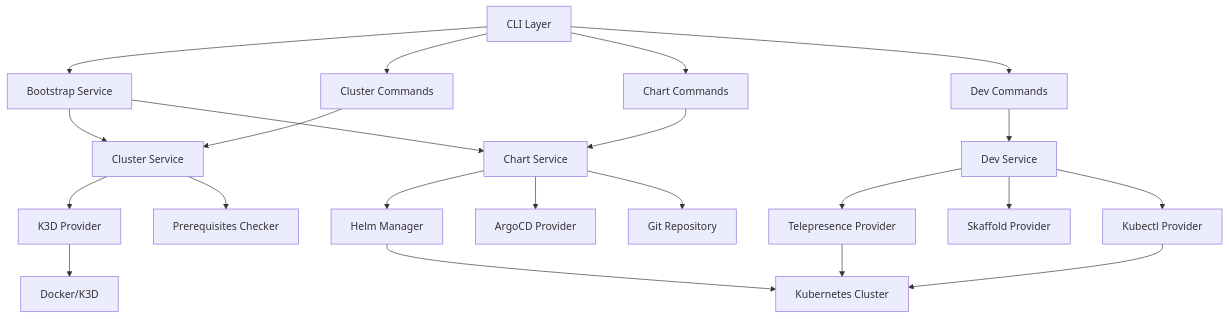
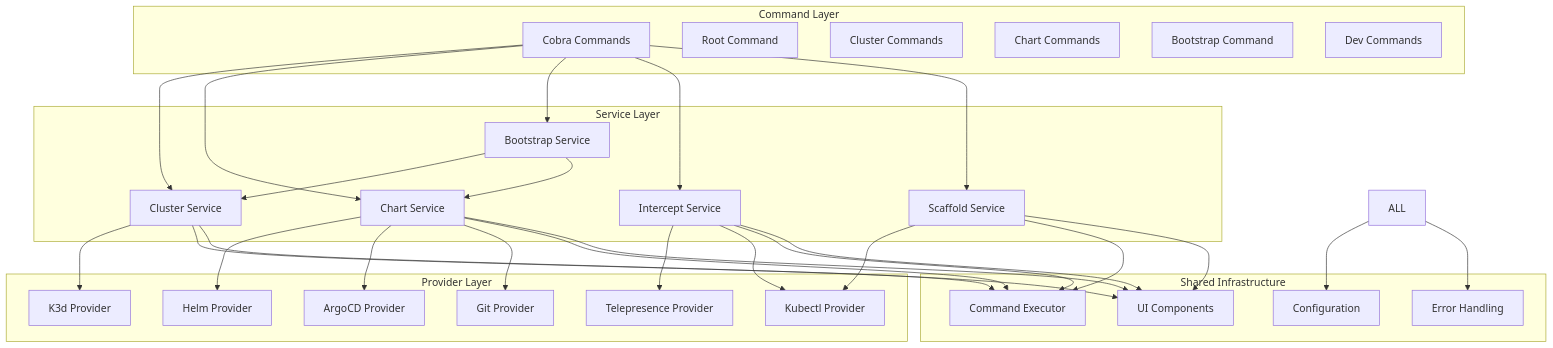
One commit to flamingo-stack/openframe-cli changed the first of 4 diagrams in docs/reference/architecture/overview.md. Above: the diagram before and after it, drawn with Mermaid. The commit also changed other lines of this file and 51 other files, not shown here.

````diff
--- a/docs/reference/architecture/overview.md
+++ b/docs/reference/architecture/overview.md
@@ -13,30 +15,64 @@
 ```mermaid
 graph TB
-    CLI[CLI Layer] --> Bootstrap[Bootstrap Service]
-    CLI --> Cluster[Cluster Commands]
-    CLI --> Chart[Chart Commands]
-    CLI --> Dev[Dev Commands]
+    subgraph "Command Layer"
+        CMD[Cobra Commands]
+        ROOT[Root Command]
+        CLUSTER[Cluster Commands]
+        CHART[Chart Commands]
+        BOOTSTRAP[Bootstrap Command]
+        DEV[Dev Commands]
+    end
     
-    Bootstrap --> ClusterSvc[Cluster Service]
-    Bootstrap --> ChartSvc[Chart Service]
+    subgraph "Service Layer"
+        CS[Cluster Service]
+        CHS[Chart Service]
+        BS[Bootstrap Service]
+        IS[Intercept Service]
+        SS[Scaffold Service]
+    end
     
-    Cluster --> ClusterSvc
-    Chart --> ChartSvc
-    Dev --> DevSvc[Dev Service]
+    subgraph "Provider Layer"
+        K3D[K3d Provider]
+        HELM[Helm Provider]
+        ARGOCD[ArgoCD Provider]
+        GIT[Git Provider]
+        TP[Telepresence Provider]
+        KUBECTL[Kubectl Provider]
+    end
     
-    ClusterSvc --> K3D[K3D Provider]
-    ClusterSvc --> Prerequisites[Prerequisites Checker]
+    subgraph "Shared Infrastructure"
+        EXEC[Command Executor]
+        UI[UI Components]
+        CONFIG[Configuration]
+        ERRORS[Error Handling]
+    end
     
-    ChartSvc --> Helm[Helm Manager]
-    ChartSvc --> ArgoCD[ArgoCD Provider]
-    ChartSvc --> Git[Git Repository]
+    CMD --> CS
+    CMD --> CHS
+    CMD --> BS
+    CMD --> IS
+    CMD --> SS
     
-    DevSvc --> Telepresence[Telepresence Provider]
-    DevSvc --> Skaffold[Skaffold Provider]
-    DevSvc --> Kubectl[Kubectl Provider]
+    CS --> K3D
+    CHS --> HELM
+    CHS --> ARGOCD
+    CHS --> GIT
+    BS --> CS
+    BS --> CHS
+    IS --> TP
+    IS --> KUBECTL
+    SS --> KUBECTL
     
-    K3D --> Docker[Docker/K3D]
-    Helm --> K8s[Kubernetes Cluster]
-    Telepresence --> K8s
-    Kubectl --> K8s
+    CS --> EXEC
+    CHS --> EXEC
+    IS --> EXEC
+    SS --> EXEC
+    
+    CS --> UI
+    CHS --> UI
+    IS --> UI
+    SS --> UI
+    
+    ALL --> CONFIG
+    ALL --> ERRORS
 ```
````
